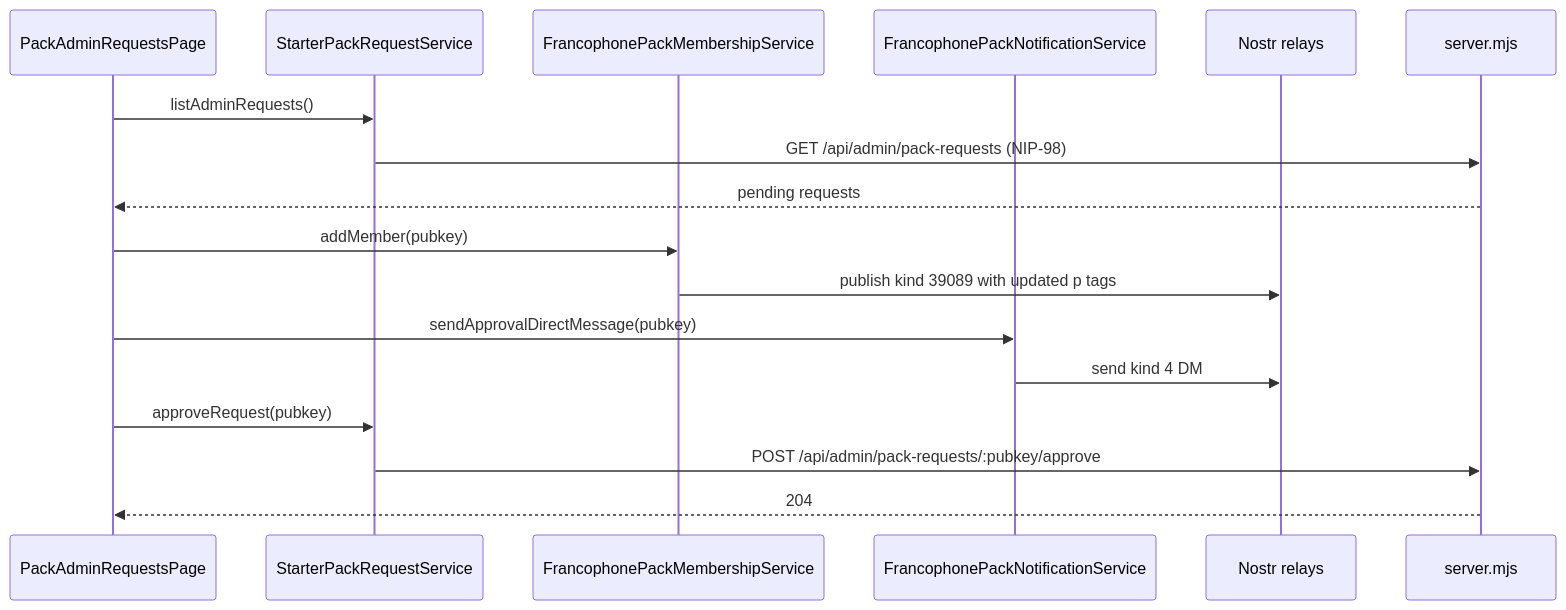
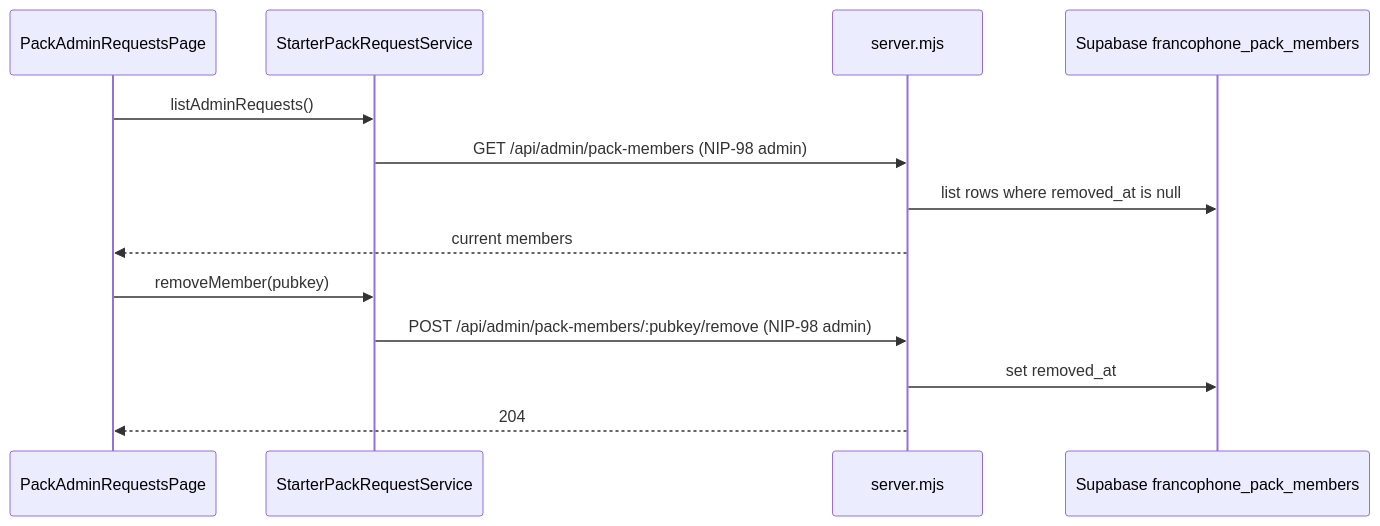
The second of 2 diagrams in src/features/packs/README.md (maxiim3/nostr-tools-ng-app), drawn with Mermaid before and after one commit. The commit also changed other lines of this file and 23 other files, not shown here.

Commit message:
feat: auto admit pack members

````diff
--- a/src/features/packs/README.md
+++ b/src/features/packs/README.md
@@ -34,23 +33,17 @@
 ```mermaid
 sequenceDiagram
   participant Admin as PackAdminRequestsPage
-  participant Req as StarterPackRequestService
-  participant Membership as FrancophonePackMembershipService
-  participant Notify as FrancophonePackNotificationService
-  participant Nostr as Nostr relays
+  participant Service as StarterPackRequestService
   participant API as server.mjs
+  participant DB as Supabase francophone_pack_members
 
-  Admin->>Req: listAdminRequests()
-  Req->>API: GET /api/admin/pack-requests (NIP-98)
-  API-->>Admin: pending requests
+  Admin->>Service: listAdminRequests()
+  Service->>API: GET /api/admin/pack-members (NIP-98 admin)
+  API->>DB: list rows where removed_at is null
+  API-->>Admin: current members
 
-  Admin->>Membership: addMember(pubkey)
-  Membership->>Nostr: publish kind 39089 with updated p tags
-
-  Admin->>Notify: sendApprovalDirectMessage(pubkey)
-  Notify->>Nostr: send kind 4 DM
-
-  Admin->>Req: approveRequest(pubkey)
-  Req->>API: POST /api/admin/pack-requests/:pubkey/approve
+  Admin->>Service: removeMember(pubkey)
+  Service->>API: POST /api/admin/pack-members/:pubkey/remove (NIP-98 admin)
+  API->>DB: set removed_at
   API-->>Admin: 204
 ```
````
